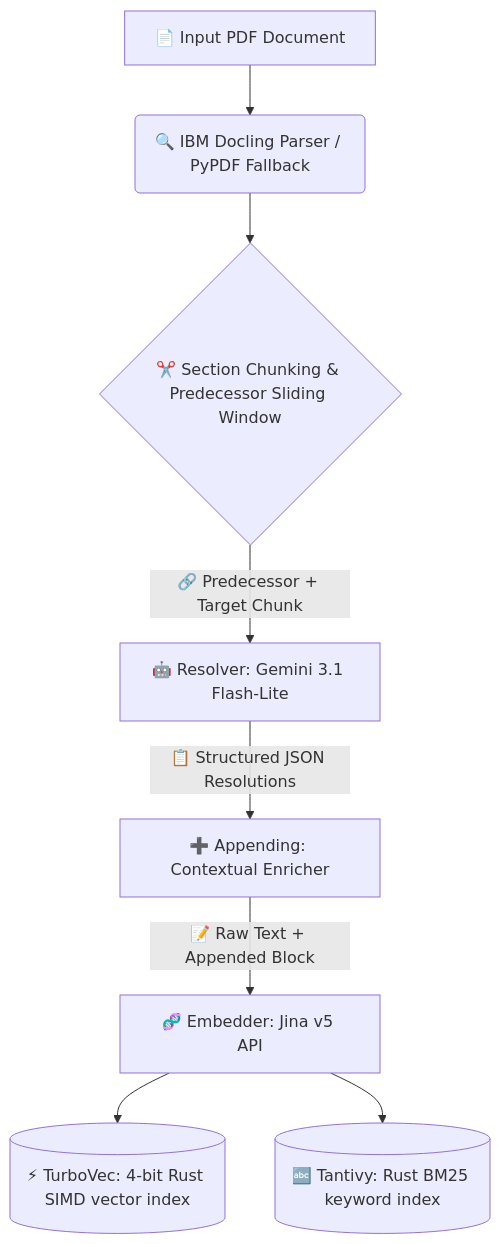
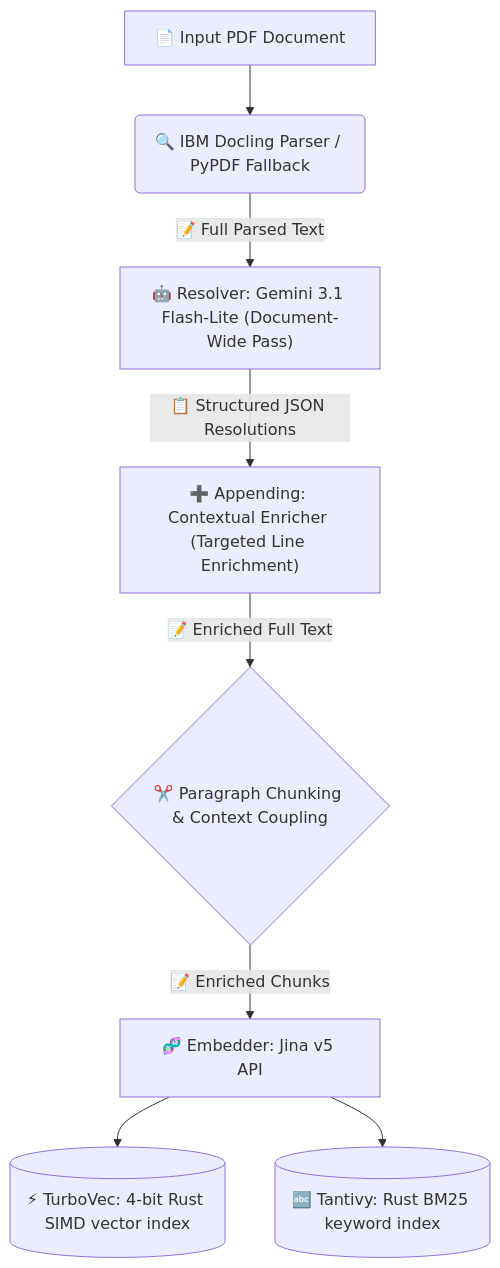
Before and after one commit to kvcops/ReferentWeave: the first of 2 diagrams in README.md, drawn with Mermaid. The commit also changed other lines of this file and 7 other files, not shown here.

Commit message:
fixed some architecture issues and also added heavy testing with huge data with updated benchmarks

````diff
--- a/README.md
+++ b/README.md
@@ -58,10 +58,10 @@
 ```mermaid
 graph TD
     A["📄 Input PDF Document"] --> B("🔍 IBM Docling Parser / PyPDF Fallback")
-    B --> C{"✂️ Section Chunking & Predecessor Sliding Window"}
-    C -->|"🔗 Predecessor + Target Chunk"| D["🤖 Resolver: Gemini 3.1 Flash-Lite"]
-    D -->|"📋 Structured JSON Resolutions"| E["➕ Appending: Contextual Enricher"]
-    E -->|"📝 Raw Text + Appended Block"| F["🧬 Embedder: Jina v5 API"]
+    B -->|"📝 Full Parsed Text"| C["🤖 Resolver: Gemini 3.1 Flash-Lite (Document-Wide Pass)"]
+    C -->|"📋 Structured JSON Resolutions"| D["➕ Appending: Contextual Enricher (Targeted Line Enrichment)"]
+    D -->|"📝 Enriched Full Text"| E{"✂️ Paragraph Chunking & Context Coupling"}
+    E -->|"📝 Enriched Chunks"| F["🧬 Embedder: Jina v5 API"]
     F --> G[("⚡ TurboVec: 4-bit Rust SIMD vector index")]
     F --> H[("🔤 Tantivy: Rust BM25 keyword index")]
 ```
````
